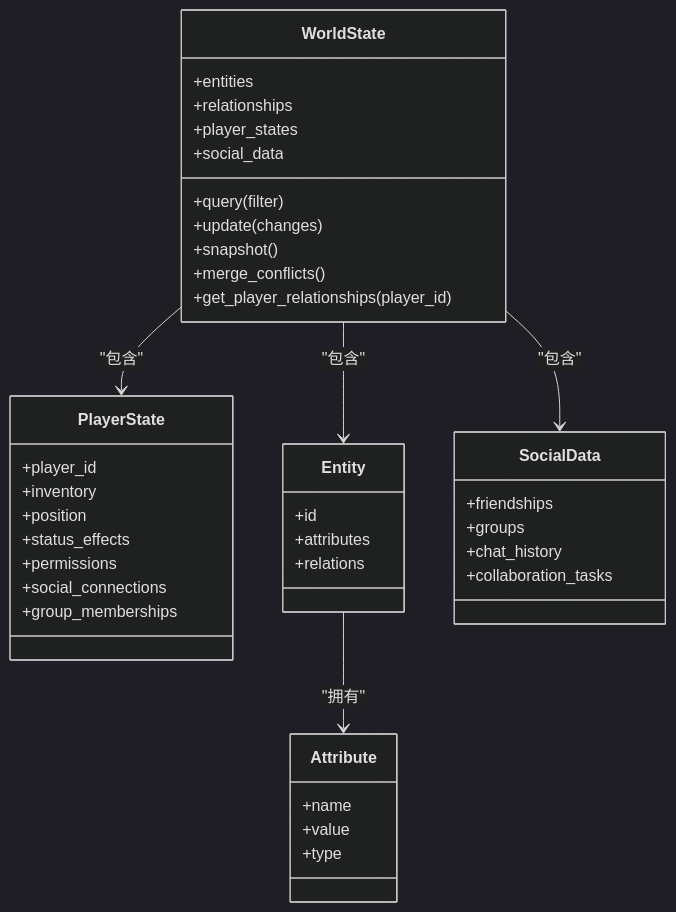
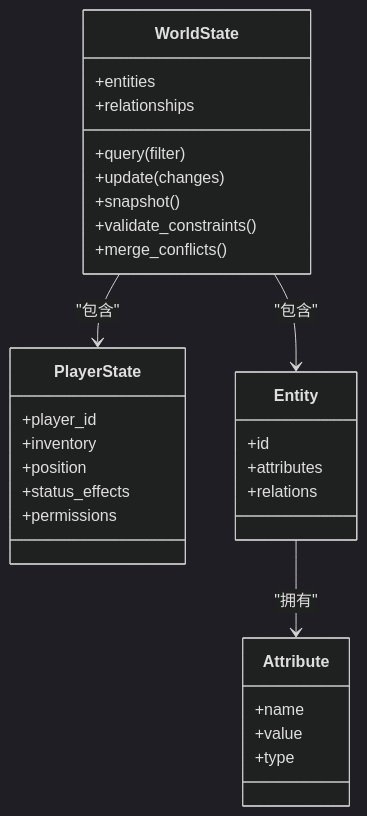
Before and after one commit to Ivandanslespace/thegreatnovel: the fifth of 9 diagrams in .qoder/repowiki/zh/content/运行时系统/公共生存模式.md, drawn with Mermaid (dark theme). The commit also changed other lines of this file and 100 other files, not shown here.

````diff
--- a/.qoder/repowiki/zh/content/运行时系统/公共生存模式.md
+++ b/.qoder/repowiki/zh/content/运行时系统/公共生存模式.md
@@ -314,43 +274,32 @@
 ```mermaid
 classDiagram
 class WorldState {
 +entities
 +relationships
-+player_states
-+social_data
 +query(filter)
 +update(changes)
 +snapshot()
++validate_constraints()
 +merge_conflicts()
-+get_player_relationships(player_id)
 }
 class PlayerState {
 +player_id
 +inventory
 +position
 +status_effects
 +permissions
-+social_connections
-+group_memberships
 }
 class Entity {
 +id
 +attributes
 +relations
 }
 class Attribute {
 +name
 +value
 +type
 }
-class SocialData {
-+friendships
-+groups
-+chat_history
-+collaboration_tasks
-}
 WorldState --> PlayerState : "包含"
 WorldState --> Entity : "包含"
-WorldState --> SocialData : "包含"
 Entity --> Attribute : "拥有"
 ```
````
